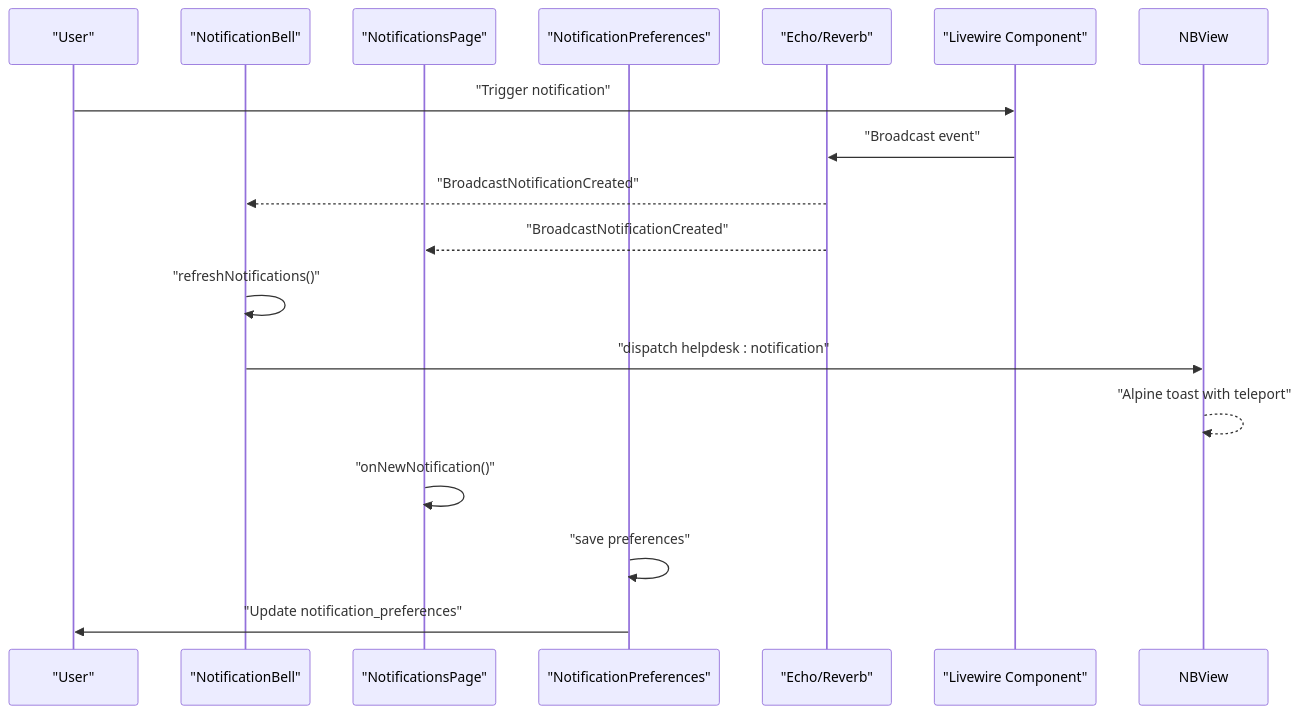
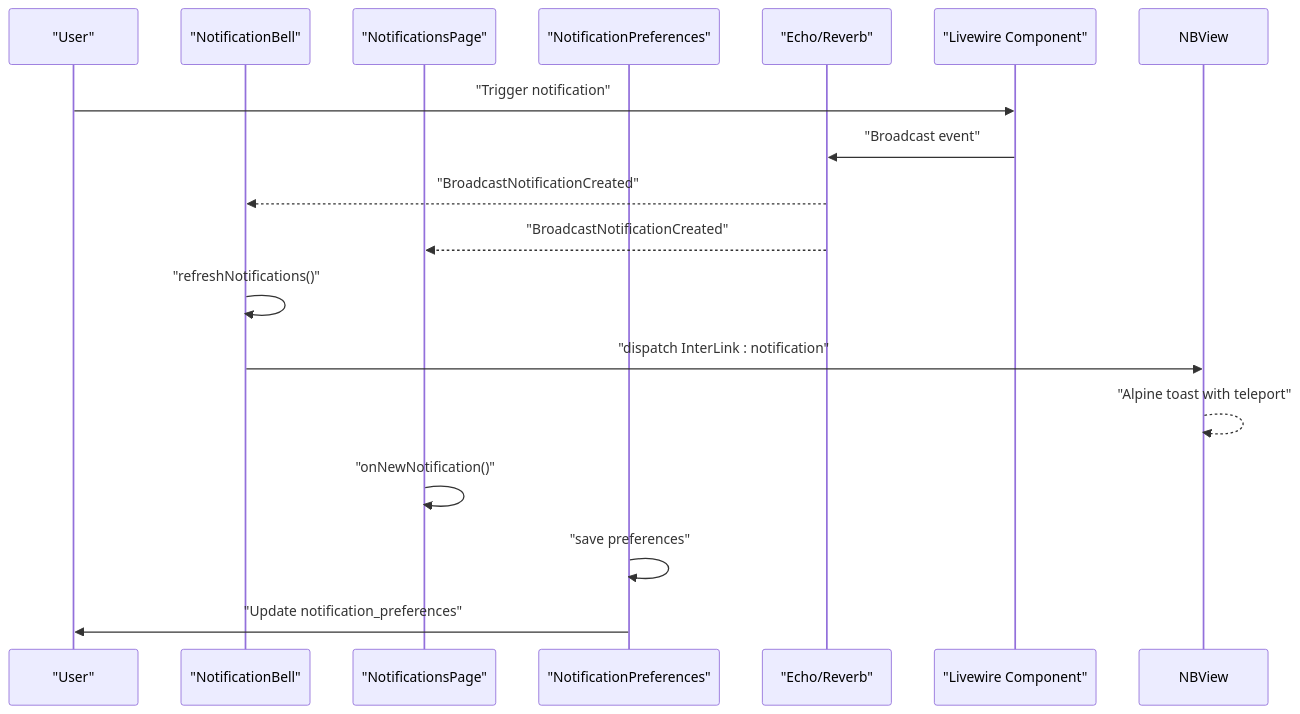
Before and after one commit to younesgamer68/Internship-management-Platforme: the seventh of 9 diagrams in .qoder/repowiki/en/content/Real-time Communication/Notification System.md, drawn with Mermaid. The commit also changed other lines of this file and 175 other files, not shown here.

````diff
--- a/.qoder/repowiki/en/content/Real-time Communication/Notification System.md
+++ b/.qoder/repowiki/en/content/Real-time Communication/Notification System.md
@@ -500,19 +500,19 @@
 ```mermaid
 sequenceDiagram
 participant User as "User"
 participant NB as "NotificationBell"
 participant NP as "NotificationsPage"
 participant NPP as "NotificationPreferences"
 participant Echo as "Echo/Reverb"
 participant Comp as "Livewire Component"
 User->>Comp : "Trigger notification"
 Comp->>Echo : "Broadcast event"
 Echo-->>NB : "BroadcastNotificationCreated"
 Echo-->>NP : "BroadcastNotificationCreated"
 NB->>NB : "refreshNotifications()"
-NB->>NBView : "dispatch helpdesk : notification"
+NB->>NBView : "dispatch InterLink : notification"
 NBView-->>NBView : "Alpine toast with teleport"
 NP->>NP : "onNewNotification()"
 NPP->>NPP : "save preferences"
 NPP->>User : "Update notification_preferences"
 ```
````
